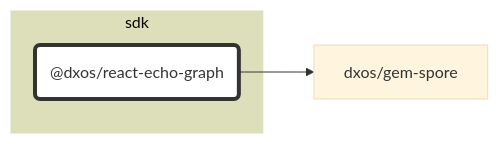
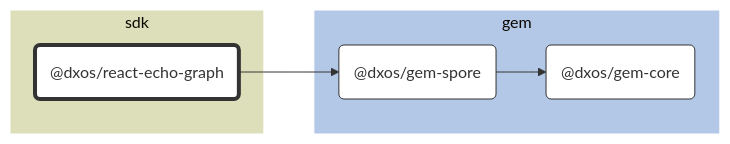
The diagram in packages/sdk/react-echo-graph/docs/README.md (dxos/dxos), drawn with Mermaid (base theme) before and after one commit. The commit also changed 69 other files, not shown here.

````diff
--- a/packages/sdk/react-echo-graph/docs/README.md
+++ b/packages/sdk/react-echo-graph/docs/README.md
@@ -7,21 +7,30 @@
 ```mermaid
 %%{ init: {'flowchart':{'curve':'basis'}} }%%
 
 flowchart LR
 
 %% Classes
 classDef def fill:#fff,stroke:#333,stroke-width:1px
 classDef root fill:#fff,stroke:#333,stroke-width:4px
 
 %% Nodes
 
 subgraph sdk [sdk]
   style sdk fill:#dddeba,stroke:#fff
   dxos/react-echo-graph("@dxos/react-echo-graph"):::root
   click dxos/react-echo-graph "dxos/dxos/tree/main/packages/sdk/react-echo-graph/docs"
 end
 
+subgraph gem [gem]
+  style gem fill:#b3c7e6,stroke:#fff
+  dxos/gem-core("@dxos/gem-core"):::def
+  click dxos/gem-core "dxos/dxos/tree/main/packages/gem/gem-core/docs"
+  dxos/gem-spore("@dxos/gem-spore"):::def
+  click dxos/gem-spore "dxos/dxos/tree/main/packages/gem/gem-spore/docs"
+end
+
 %% Links
 linkStyle default stroke:#333,stroke-width:1px
 dxos/react-echo-graph --> dxos/gem-spore
+dxos/gem-spore --> dxos/gem-core
 ```
````
